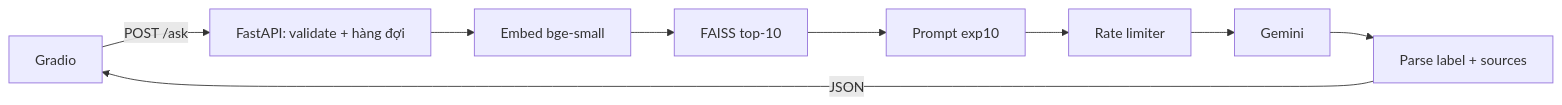
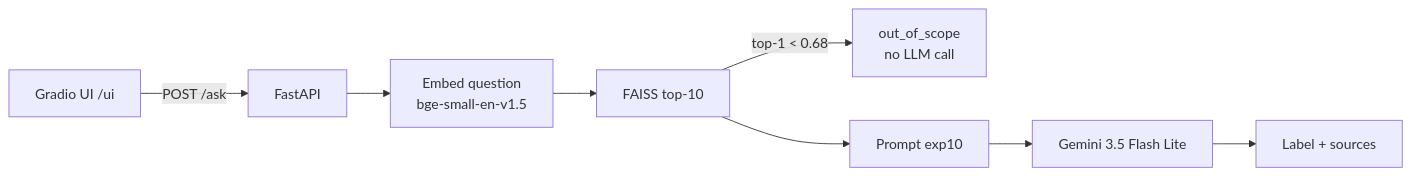
One commit to tuankhoi1007/pubmedqa-rag changed the diagram in README.md. Above: the diagram before and after it, drawn with Mermaid. The commit also changed other lines of this file and 1 other file, not shown here.

````diff
--- a/README.md
+++ b/README.md
@@ -55,11 +11,10 @@
 ```mermaid
 flowchart LR
-  A[Gradio] -->|POST /ask| B[FastAPI: validate + hàng đợi]
-  B --> C[Embed bge-small]
+  A[Gradio UI /ui] -->|POST /ask| B[FastAPI]
+  B --> C[Embed question<br/>bge-small-en-v1.5]
   C --> D[FAISS top-10]
+  D -->|top-1 < 0.68| X[out_of_scope<br/>no LLM call]
   D --> E[Prompt exp10]
-  E --> F[Rate limiter]
-  F --> G[Gemini]
-  G --> H[Parse label + sources]
-  H -->|JSON| A
+  E --> F[Gemini 3.5 Flash Lite]
+  F --> G[Label + sources]
 ```
````
